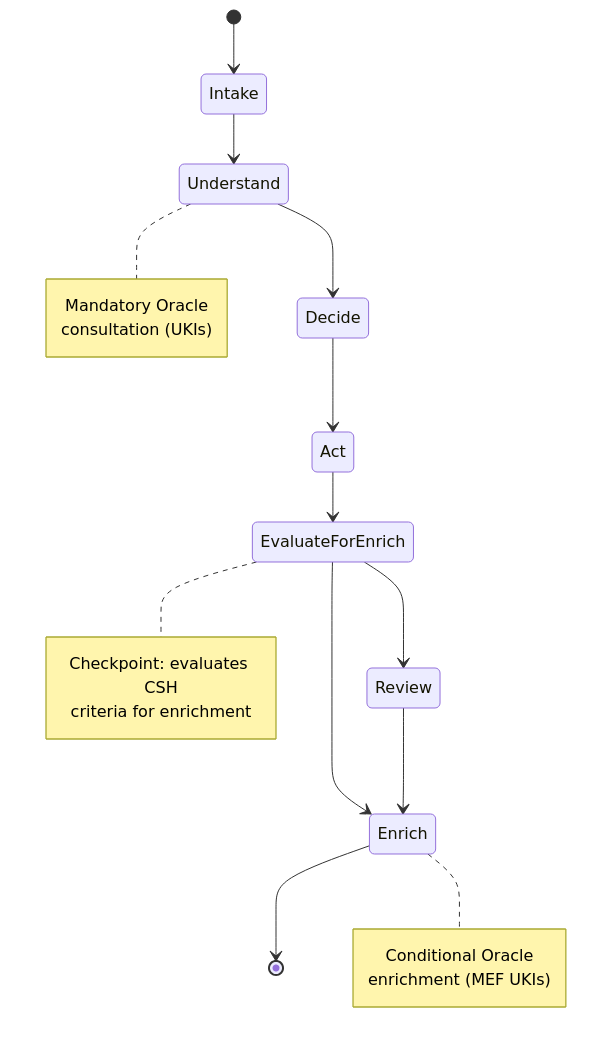
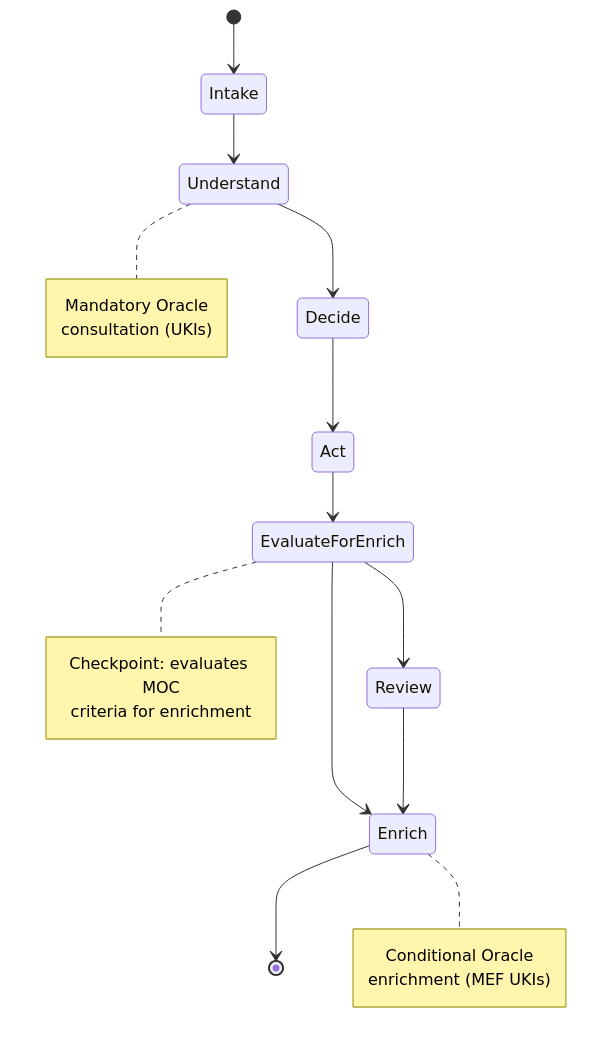
One commit to netomantonio/matrix-protocol changed the fourth of 6 diagrams in MATRIX_PROTOCOL.md. Above: the diagram before and after it, drawn with Mermaid. The commit also changed other lines of this file and 15 other files, not shown here.

````diff
--- a/MATRIX_PROTOCOL.md
+++ b/MATRIX_PROTOCOL.md
@@ -579,27 +579,27 @@
 ```mermaid
 stateDiagram-v2
     [*] --> Intake
     Intake --> Understand
     Understand --> Decide  
     Decide --> Act
     Act --> EvaluateForEnrich
     EvaluateForEnrich --> Review
     EvaluateForEnrich --> Enrich
     Review --> Enrich
     Enrich --> [*]
     
     note right of Understand
       Mandatory Oracle 
       consultation (UKIs)
     end note
     
     note right of EvaluateForEnrich
-      Checkpoint: evaluates CSH
+      Checkpoint: evaluates MOC
       criteria for enrichment
     end note
     
     note right of Enrich
       Conditional Oracle
       enrichment (MEF UKIs)
     end note
 ```
````
